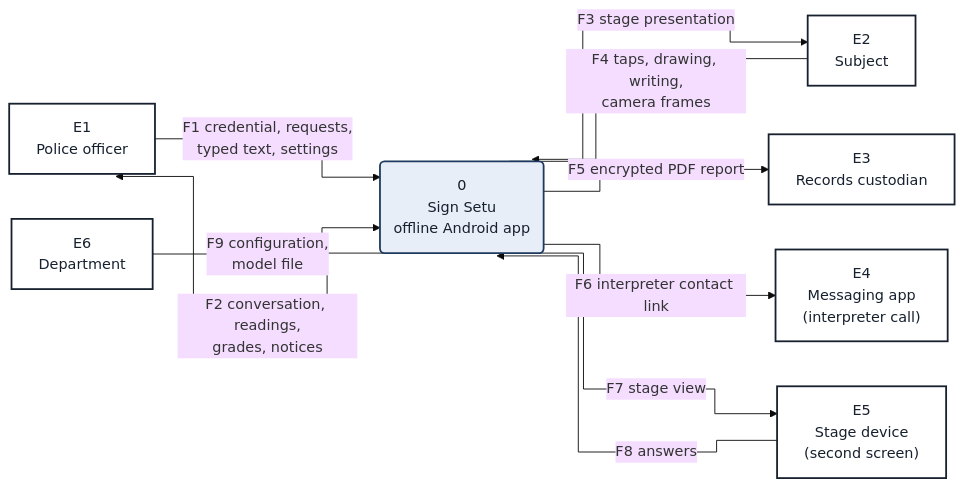
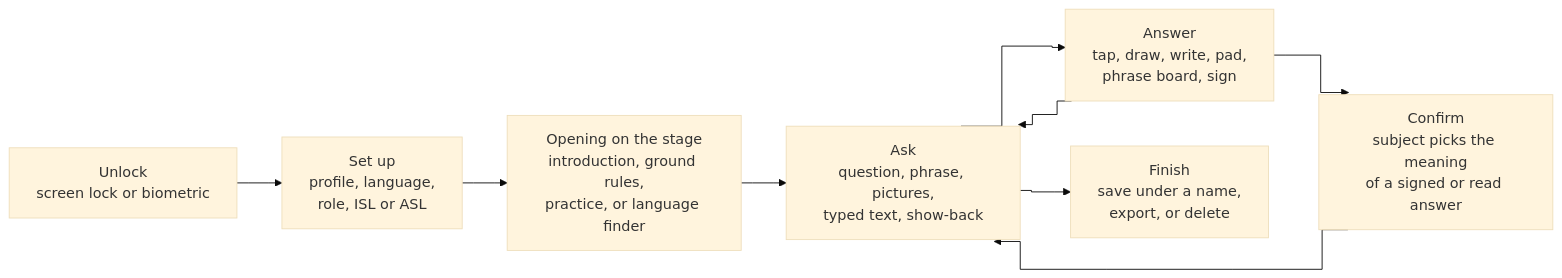
Before and after one commit to Yash-Awasthi/sign-setu: the first of 3 diagrams in docs/README.md, drawn with Mermaid (base theme). The commit also changed other lines of this file and 1443 other files, not shown here.

````diff
--- a/docs/README.md
+++ b/docs/README.md
@@ -132,23 +79,12 @@
 ```mermaid
 %%{init: {"flowchart": {"curve": "step"}}}%%
 flowchart LR
- E1["E1<br/>Police officer"]:::ent
- E2["E2<br/>Subject"]:::ent
- E3["E3<br/>Records custodian"]:::ent
- E4["E4<br/>Messaging app<br/>(interpreter call)"]:::ent
- E5["E5<br/>Stage device<br/>(second screen)"]:::ent
- E6["E6<br/>Department"]:::ent
- P0("0<br/>Sign Setu<br/>offline Android app"):::proc
- E1 -- "F1 credential, requests,<br/>typed text, settings" --> P0
- P0 -- "F2 conversation, readings,<br/>grades, notices" --> E1
- P0 -- "F3 stage presentation" --> E2
- E2 -- "F4 taps, drawing, writing,<br/>camera frames" --> P0
- P0 -- "F5 encrypted PDF report" --> E3
- P0 -- "F6 interpreter contact link" --> E4
- P0 -- "F7 stage view" --> E5
- E5 -- "F8 answers" --> P0
- E6 -- "F9 configuration,<br/>model file" --> P0
- classDef ent fill:#ffffff,stroke:#16202e,stroke-width:2px,color:#16202e
- classDef proc fill:#e8eef7,stroke:#1f3a5f,stroke-width:2px,color:#16202e
- classDef store fill:#f3efe4,stroke:#6b5b2e,stroke-width:2px,color:#16202e
+    U["Unlock<br/>screen lock or biometric"] --> S["Set up<br/>profile, language,<br/>role, ISL or ASL"]
+    S --> O["Opening on the stage<br/>introduction, ground rules,<br/>practice, or language finder"]
+    O --> A["Ask<br/>question, phrase, pictures,<br/>typed text, show-back"]
+    A --> R["Answer<br/>tap, draw, write, pad,<br/>phrase board, sign"]
+    R --> C["Confirm<br/>subject picks the meaning<br/>of a signed or read answer"]
+    C --> A
+    R --> A
+    A --> F["Finish<br/>save under a name,<br/>export, or delete"]
 ```
````
